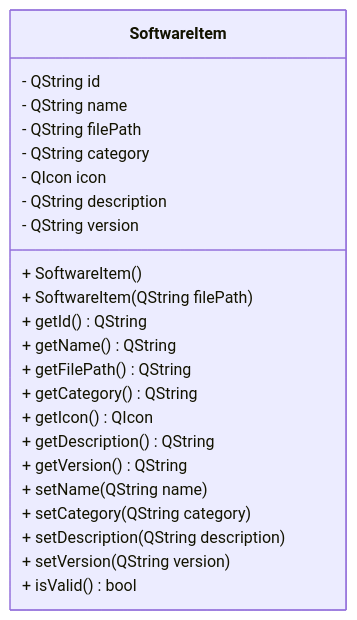
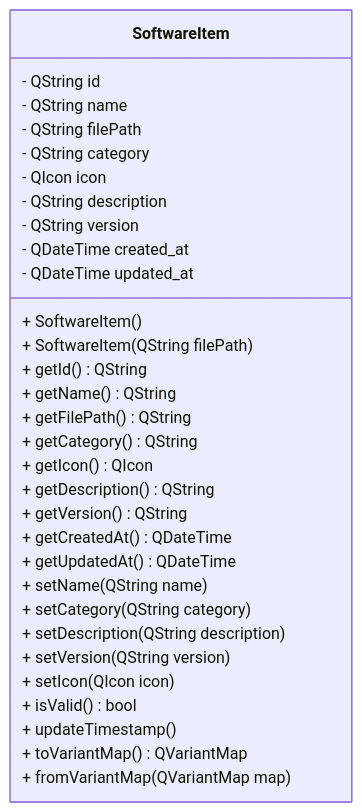
Before and after one commit to gediscover/software-manager: the second of 18 diagrams in qt-software-manager-development.md, drawn with Mermaid. The commit also changed other lines of this file and 32 other files, not shown here.

````diff
--- a/qt-software-manager-development.md
+++ b/qt-software-manager-development.md
@@ -120,26 +120,34 @@
 ```mermaid
 classDiagram
     class SoftwareItem {
         - QString id
         - QString name
         - QString filePath
         - QString category
         - QIcon icon
         - QString description
         - QString version
+        - QDateTime created_at
+        - QDateTime updated_at
         + SoftwareItem()
         + SoftwareItem(QString filePath)
         + getId() QString
         + getName() QString
         + getFilePath() QString
         + getCategory() QString
         + getIcon() QIcon
         + getDescription() QString
         + getVersion() QString
+        + getCreatedAt() QDateTime
+        + getUpdatedAt() QDateTime
         + setName(QString name)
         + setCategory(QString category)
         + setDescription(QString description)
         + setVersion(QString version)
+        + setIcon(QIcon icon)
         + isValid() bool
+        + updateTimestamp()
+        + toVariantMap() QVariantMap
+        + fromVariantMap(QVariantMap map)
     }
 ```
````
